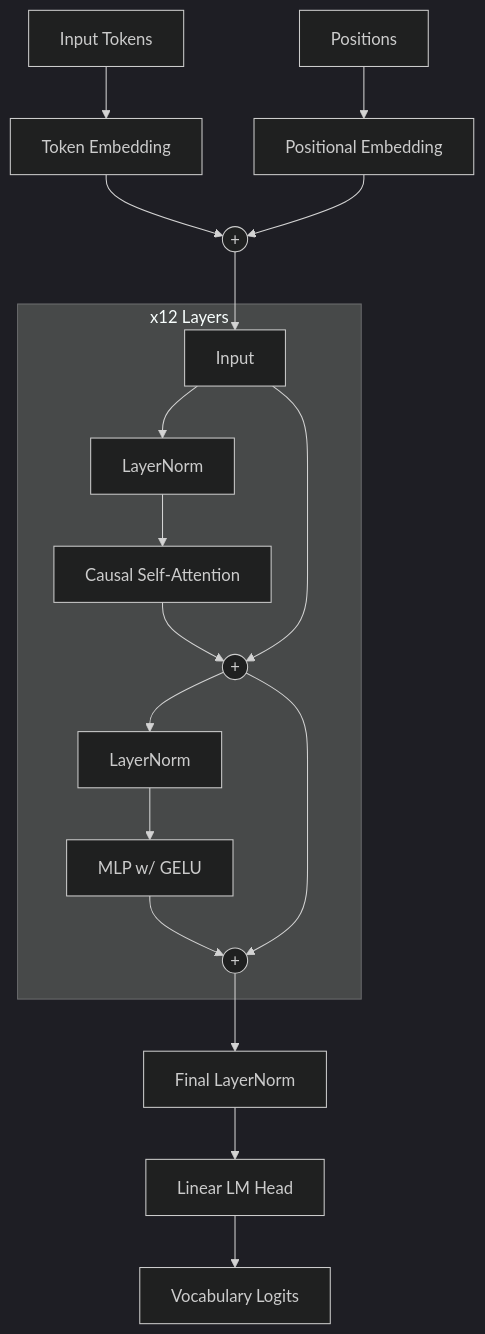
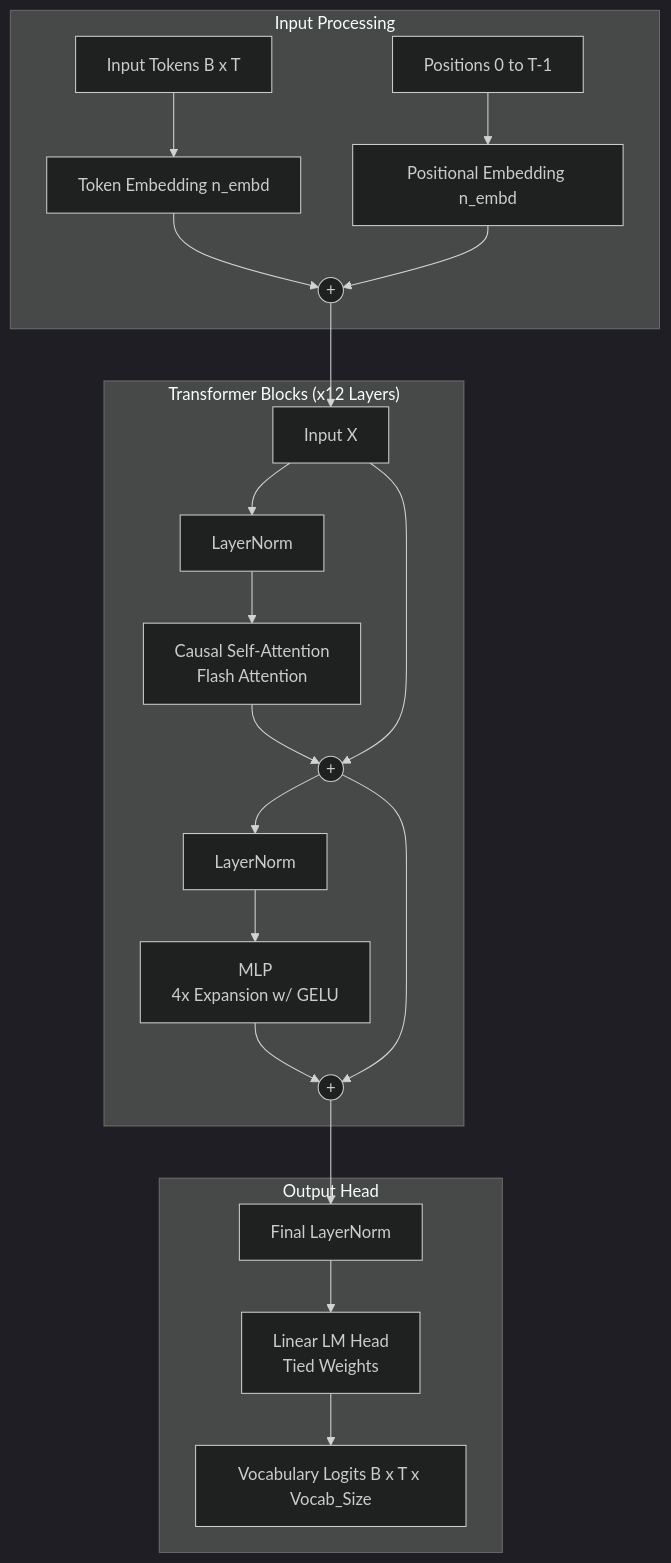
One commit to khanalasmit/GPT2_from_scratch changed the diagram in README.md. Above: the diagram before and after it, drawn with Mermaid (dark theme). The commit also changed other lines of this file and 4 other files, not shown here.

````diff
--- a/README.md
+++ b/README.md
@@ -68,23 +91,32 @@
 ```mermaid
 graph TD
-    InputTokens[Input Tokens] --> WTE[Token Embedding]
-    InputPos[Positions] --> WPE[Positional Embedding]
-    WTE --> Add1((+))
-    WPE --> Add1
+    %% Input Layer
+    subgraph InputProcessing ["Input Processing"]
+        InputTokens["Input Tokens B x T"] --> WTE["Token Embedding n_embd"]
+        InputPos["Positions 0 to T-1"] --> WPE["Positional Embedding n_embd"]
+        WTE --> Add1(("+"))
+        WPE --> Add1
+    end
+    
     Add1 --> Block1
     
-    subgraph Transformer Blocks [x12 Layers]
-        Block1[Input] --> LN1[LayerNorm]
-        LN1 --> Attn[Causal Self-Attention]
-        Attn --> Add2((+))
+    %% Transformer Blocks
+    subgraph TransformerBlocks ["Transformer Blocks (x12 Layers)"]
+        Block1["Input X"] --> LN1["LayerNorm"]
+        LN1 --> Attn["Causal Self-Attention <br/> Flash Attention"]
+        Attn --> Add2(("+"))
         Block1 --> Add2
-        Add2 --> LN2[LayerNorm]
-        LN2 --> MLP[MLP w/ GELU]
-        MLP --> Add3((+))
+        
+        Add2 --> LN2["LayerNorm"]
+        LN2 --> MLP["MLP <br/> 4x Expansion w/ GELU"]
+        MLP --> Add3(("+"))
         Add2 --> Add3
     end
     
-    Add3 --> FinalLN[Final LayerNorm]
-    FinalLN --> LMHead[Linear LM Head]
-    LMHead --> Logits[Vocabulary Logits]
+    %% Output Layer
+    subgraph OutputHead ["Output Head"]
+        Add3 --> FinalLN["Final LayerNorm"]
+        FinalLN --> LMHead["Linear LM Head <br/> Tied Weights"]
+        LMHead --> Logits["Vocabulary Logits B x T x Vocab_Size"]
+    end
 ```
````
